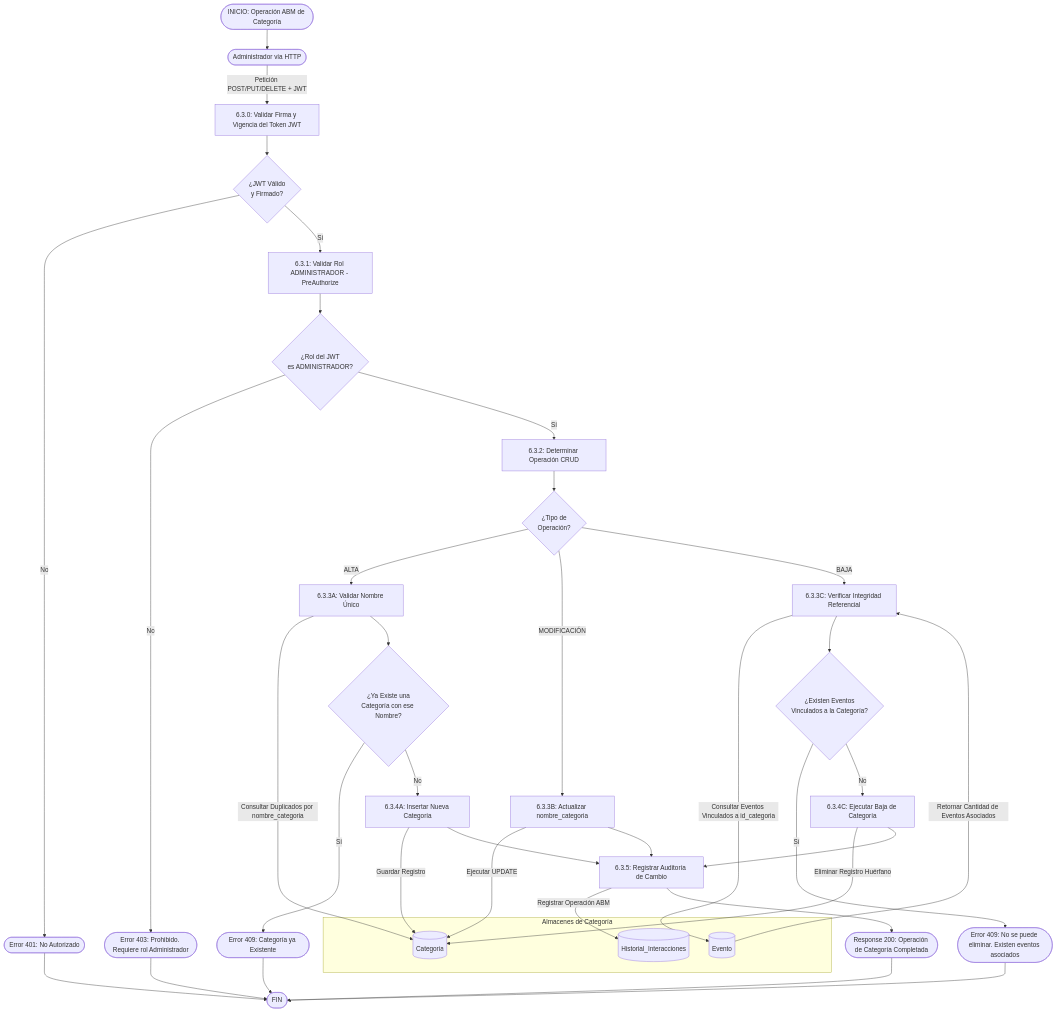
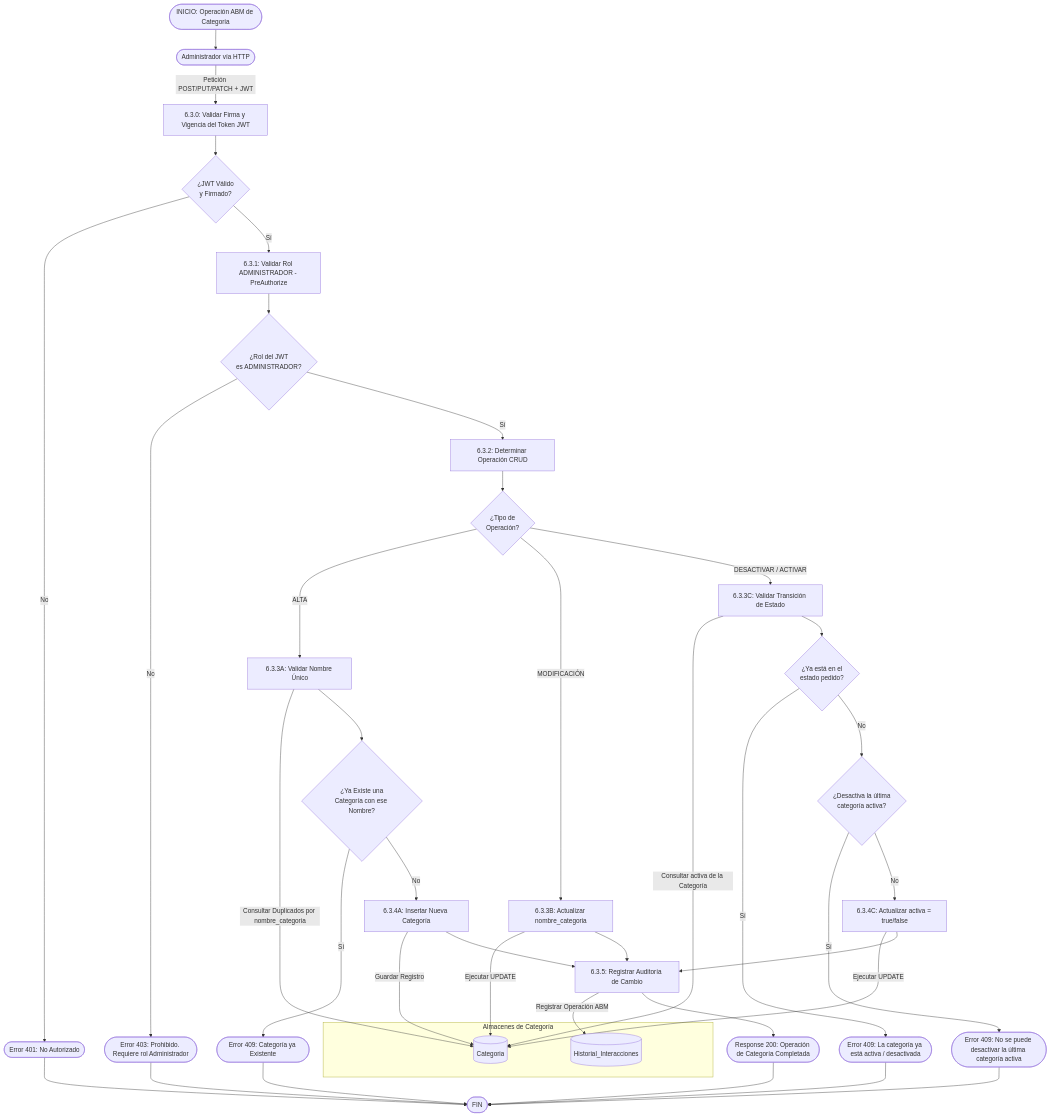
Before and after one commit to dev-gastong/Enexia: the diagram in docs/tempDFD/modulo_6_admin/6.3_abm_categorias.md, drawn with Mermaid. The commit also changed 4 other files, not shown here.

First line of the commit message:
Documentar historico del panel admin (sprint 2, 14-15/10)

````diff
--- a/docs/tempDFD/modulo_6_admin/6.3_abm_categorias.md
+++ b/docs/tempDFD/modulo_6_admin/6.3_abm_categorias.md
@@ -1,58 +1,62 @@
 ```mermaid
 graph TD
     %% Punto de Inicio Único
     INICIO([INICIO: Operación ABM de Categoría]) --> Admin([Administrador vía HTTP])
-    Admin -->|Petición POST/PUT/DELETE + JWT| P6_3_0[6.3.0: Validar Firma y Vigencia del Token JWT]
+    Admin -->|Petición POST/PUT/PATCH + JWT| P6_3_0[6.3.0: Validar Firma y Vigencia del Token JWT]
 
     %% Almacenes de Datos
     subgraph Almacenes de Categoría
         D14_Cat[(Categoria)]
-        D10_Ev[(Evento)]
         D6_Logs[(Historial_Interacciones)]
     end
 
     %% 0. AUTENTICACIÓN Y RBAC
     P6_3_0 --> C_Token{¿JWT Válido<br>y Firmado?}
     C_Token -->|No| Err_Auth([Error 401: No Autorizado])
     C_Token -->|Sí| P6_3_1[6.3.1: Validar Rol ADMINISTRADOR - PreAuthorize]
 
     P6_3_1 --> C_Rol{¿Rol del JWT<br>es ADMINISTRADOR?}
     C_Rol -->|No| Err_Forbidden([Error 403: Prohibido. Requiere rol Administrador])
     C_Rol -->|Sí| P6_3_2[6.3.2: Determinar Operación CRUD]
 
     P6_3_2 --> C_Operacion{¿Tipo de<br>Operación?}
 
     %% CAMINO A: ALTA
     C_Operacion -->|ALTA| P6_3_3A[6.3.3A: Validar Nombre Único]
     P6_3_3A -->|Consultar Duplicados por nombre_categoria| D14_Cat
     P6_3_3A --> C_Duplicado{¿Ya Existe una<br>Categoría con ese Nombre?}
     C_Duplicado -->|Sí| Err_Duplicado([Error 409: Categoría ya Existente])
     C_Duplicado -->|No| P6_3_4A[6.3.4A: Insertar Nueva Categoría]
     P6_3_4A -->|Guardar Registro| D14_Cat
 
     %% CAMINO B: MODIFICACIÓN
     C_Operacion -->|MODIFICACIÓN| P6_3_3B[6.3.3B: Actualizar nombre_categoria]
     P6_3_3B -->|Ejecutar UPDATE| D14_Cat
 
-    %% CAMINO C: BAJA (CON INTEGRIDAD REFERENCIAL)
-    C_Operacion -->|BAJA| P6_3_3C[6.3.3C: Verificar Integridad Referencial]
-    P6_3_3C -->|Consultar Eventos Vinculados a id_categoria| D10_Ev
-    D10_Ev -->|Retornar Cantidad de Eventos Asociados| P6_3_3C
-    P6_3_3C --> C_TieneEventos{¿Existen Eventos<br>Vinculados a la Categoría?}
-    C_TieneEventos -->|Sí| Err_Integridad([Error 409: No se puede eliminar. Existen eventos asociados])
-    C_TieneEventos -->|No| P6_3_4C[6.3.4C: Ejecutar Baja de Categoría]
-    P6_3_4C -->|Eliminar Registro Huérfano| D14_Cat
+    %% CAMINO C: BAJA LOGICA (DESACTIVAR / ACTIVAR). Nunca se borra la fila:
+    %% los eventos vinculados conservan su categoria, sin registros huerfanos.
+    C_Operacion -->|DESACTIVAR / ACTIVAR| P6_3_3C[6.3.3C: Validar Transición de Estado]
+    P6_3_3C -->|Consultar activa de la Categoría| D14_Cat
+    P6_3_3C --> C_Transicion{¿Ya está en el<br>estado pedido?}
+    C_Transicion -->|Sí| Err_Estado([Error 409: La categoría ya está activa / desactivada])
+    C_Transicion -->|No| C_Ultima{¿Desactiva la última<br>categoría activa?}
+    C_Ultima -->|Sí| Err_Ultima([Error 409: No se puede desactivar la última categoría activa])
+    C_Ultima -->|No| P6_3_4C[6.3.4C: Actualizar activa = true/false]
+    P6_3_4C -->|Ejecutar UPDATE| D14_Cat
+    %% Efecto: deja de ofrecerse para eventos nuevos y en los filtros del catálogo
+    %% (D10_Ev no se modifica: los eventos existentes mantienen id_categoria).
 
     P6_3_4A --> P6_3_5[6.3.5: Registrar Auditoría de Cambio]
     P6_3_3B --> P6_3_5
     P6_3_4C --> P6_3_5
     P6_3_5 -->|Registrar Operación ABM| D6_Logs
     P6_3_5 --> Success_ABM([Response 200: Operación de Categoría Completada])
 
     %% Unificación de Salidas (Punto de Fin Único)
     Err_Auth --> FIN([FIN])
     Err_Forbidden --> FIN
     Err_Duplicado --> FIN
-    Err_Integridad --> FIN
+    Err_Estado --> FIN
+    Err_Ultima --> FIN
     Success_ABM --> FIN
 ```
````
